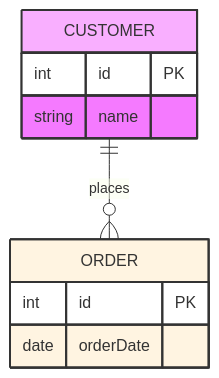
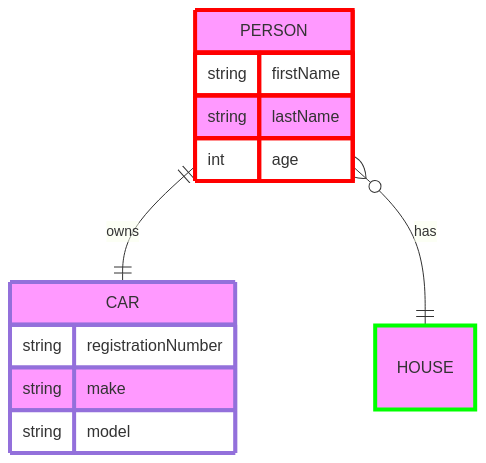
Diagram 15 of 17 in skills/mermaid/examples/er.md (teachingai/full-stack-skills), drawn with Mermaid before and after one commit. The commit also changed other lines of this file and 21 other files, not shown here.

First line of the commit message:
docs(mermaid): 更新架构、块、C4和类图示例文档

````diff
--- a/skills/mermaid/examples/er.md
+++ b/skills/mermaid/examples/er.md
@@ -161,18 +280,20 @@
 ```mermaid
 erDiagram
-    CUSTOMER {
-        int id PK
-        string name
+    CAR {
+        string registrationNumber
+        string make
+        string model
     }
-    ORDER {
-        int id PK
-        date orderDate
+    PERSON {
+        string firstName
+        string lastName
+        int age
     }
-    CUSTOMER ||--o{ ORDER : places
+    PERSON:::foo ||--|| CAR : owns
+    PERSON o{--|| HOUSE:::bar : has
 
-    classDef customerClass fill:#e1f5,stroke:#333,stroke-width:2px
-    classDef orderClass fill:#fff4e1,stroke:#333,stroke-width:2px
-
-    class CUSTOMER customerClass
-    class ORDER orderClass
+    classDef default fill:#f9f,stroke-width:4px
+    classDef foo stroke:#f00
+    classDef bar stroke:#0f0
+    classDef foobar stroke:#00f
 ```
````
